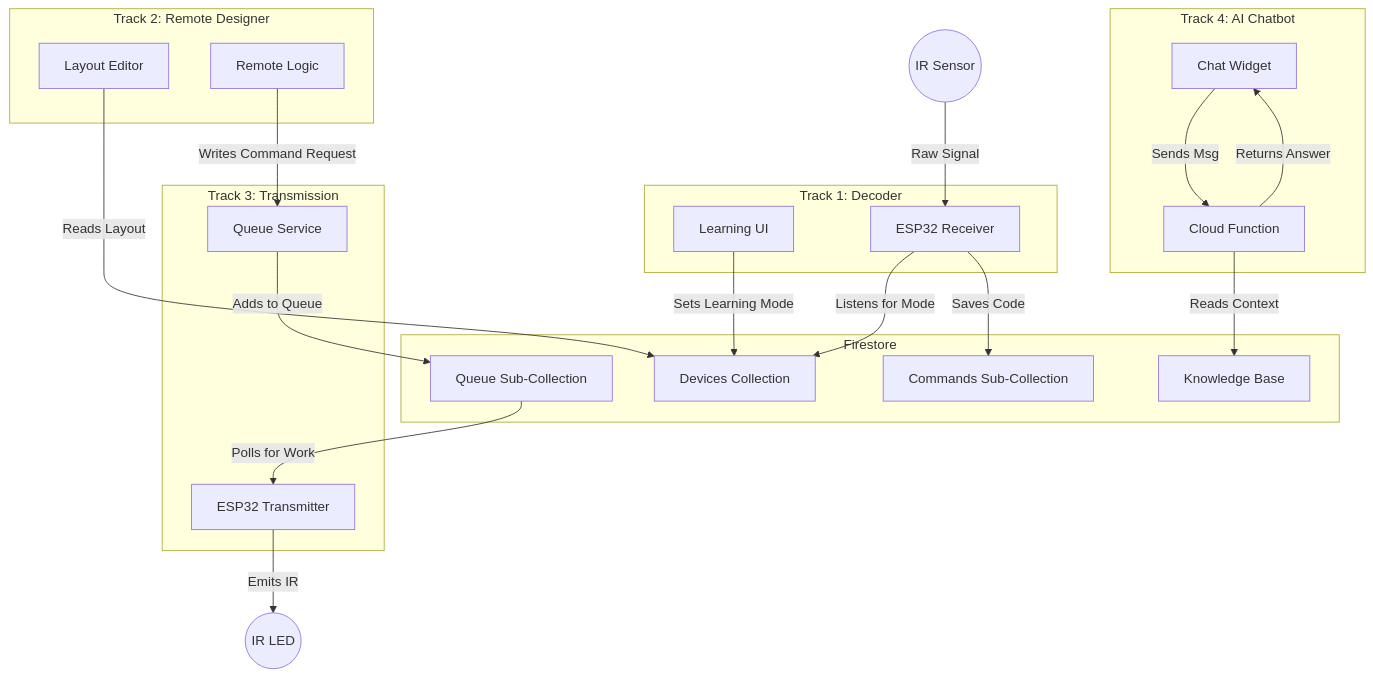
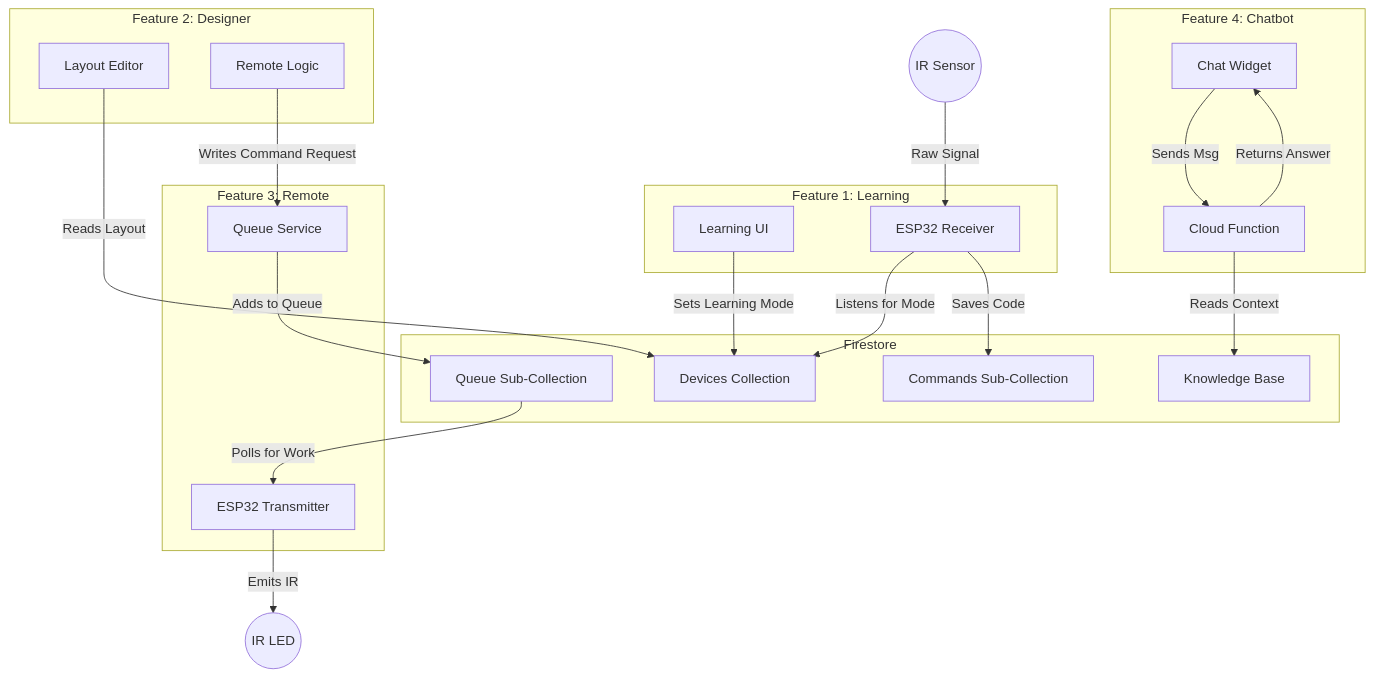
The first of 2 diagrams in ARCHITECTURE.md (jj-link/Pulsr), drawn with Mermaid before and after one commit. The commit also changed other lines of this file and 1 other file, not shown here.

Commit message:
docs: update ARCHITECTURE.md and designer progress - TrackFeature, old namesnew

````diff
--- a/ARCHITECTURE.md
+++ b/ARCHITECTURE.md
@@ -11,48 +11,48 @@
 ```mermaid
 graph TD
     %% Subsystems
-    subgraph Track2_Designer [Track 2: Remote Designer]
+    subgraph Feature2_Designer [Feature 2: Designer]
         UI_Designer[Layout Editor]
         UI_Remote[Remote Logic]
     end
 
-    subgraph Track3_Transmission [Track 3: Transmission]
+    subgraph Feature3_Remote [Feature 3: Remote]
         QueueService[Queue Service]
         ESP_Tx[ESP32 Transmitter]
     end
 
-    subgraph Track1_Decoder [Track 1: Decoder]
+    subgraph Feature1_Learning [Feature 1: Learning]
         UI_Learn[Learning UI]
         ESP_Rx[ESP32 Receiver]
     end
 
-    subgraph Track4_Chatbot [Track 4: AI Chatbot]
+    subgraph Feature4_Chatbot [Feature 4: Chatbot]
         UI_Chat[Chat Widget]
         CloudFunc[Cloud Function]
     end
 
     %% Data Store
     subgraph Firestore
         Devices[Devices Collection]
         Commands[Commands Sub-Collection]
         Queue[Queue Sub-Collection]
         KB[Knowledge Base]
     end
 
     %% Connections
     UI_Designer -->|Reads Layout| Devices
     UI_Remote -->|Writes Command Request| QueueService
     QueueService -->|Adds to Queue| Queue
     
     Queue -->|Polls for Work| ESP_Tx
     ESP_Tx -->|Emits IR| IR_LED((IR LED))
 
     UI_Learn -->|Sets Learning Mode| Devices
     ESP_Rx -->|Listens for Mode| Devices
     IR_Sensor((IR Sensor)) -->|Raw Signal| ESP_Rx
     ESP_Rx -->|Saves Code| Commands
 
     UI_Chat -->|Sends Msg| CloudFunc
     CloudFunc -->|Reads Context| KB
     CloudFunc -->|Returns Answer| UI_Chat
 ```
````
